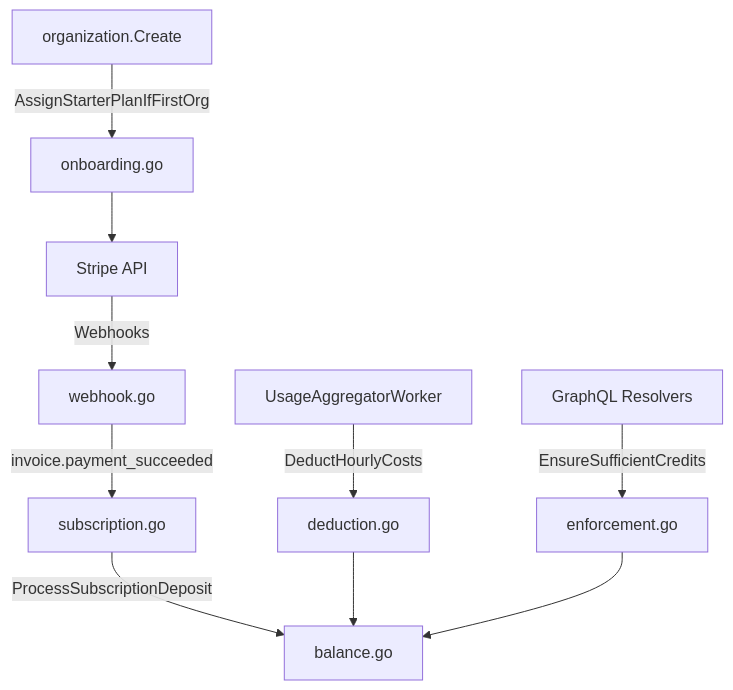
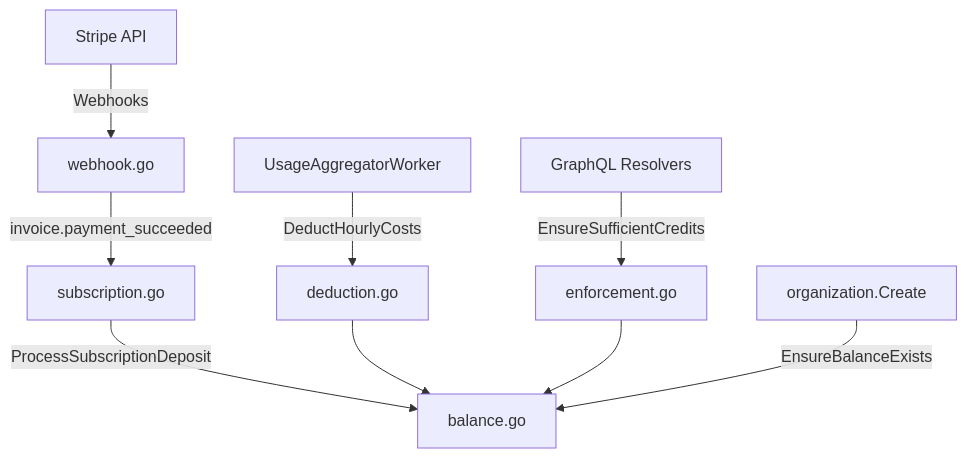
Before and after one commit to volaticloud/volaticloud: the diagram in docs/adr/0022-credit-based-billing.md, drawn with Mermaid. The commit also changed other lines of this file and 7 other files, not shown here.

````diff
--- a/docs/adr/0022-credit-based-billing.md
+++ b/docs/adr/0022-credit-based-billing.md
@@ -34,12 +34,11 @@
 ```mermaid
 flowchart TD
     Stripe[Stripe API] -->|Webhooks| WH[webhook.go]
     WH -->|invoice.payment_succeeded| Sub[subscription.go]
     Sub -->|ProcessSubscriptionDeposit| Bal[balance.go]
     Agg[UsageAggregatorWorker] -->|DeductHourlyCosts| Ded[deduction.go]
     Ded --> Bal
     Res[GraphQL Resolvers] -->|EnsureSufficientCredits| Enf[enforcement.go]
     Enf --> Bal
-    OrgCreate[organization.Create] -->|AssignStarterPlanIfFirstOrg| Onb[onboarding.go]
-    Onb --> Stripe
+    OrgCreate[organization.Create] -->|EnsureBalanceExists| Bal
 ```
````
